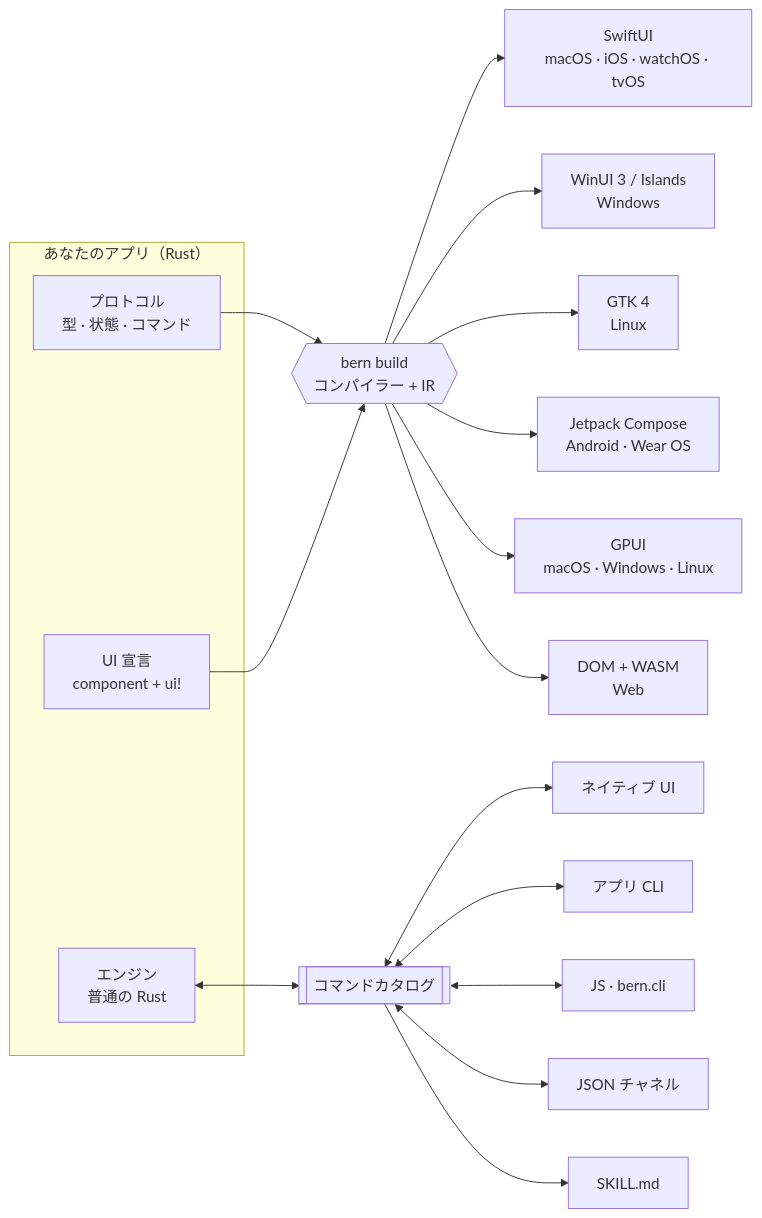
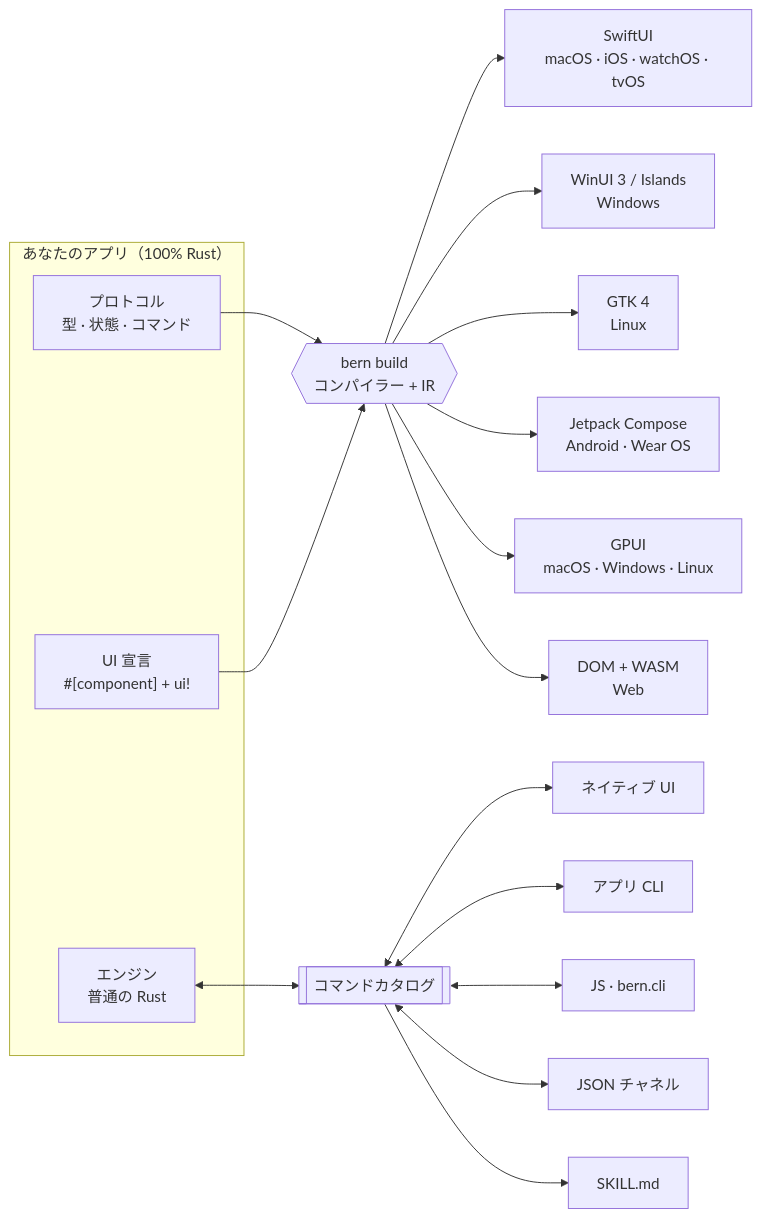
Before and after one commit to AimesSoft/Bern: the diagram in README.ja.md, drawn with Mermaid. The commit also changed other lines of this file and 124 other files, not shown here.

````diff
--- a/README.ja.md
+++ b/README.ja.md
@@ -232,22 +116,22 @@
 ```mermaid
 flowchart LR
-    subgraph app["あなたのアプリ（Rust）"]
+    subgraph app["あなたのアプリ（100% Rust）"]
         P["プロトコル<br/>型 · 状態 · コマンド"]
-        U["UI 宣言<br/>component + ui!"]
+        U["UI 宣言<br/>#[component] + ui!"]
         E["エンジン<br/>普通の Rust"]
     end
     P --> C{{"bern build<br/>コンパイラー + IR"}}
     U --> C
     C --> S["SwiftUI<br/>macOS · iOS · watchOS · tvOS"]
     C --> W["WinUI 3 / Islands<br/>Windows"]
     C --> G["GTK 4<br/>Linux"]
     C --> A["Jetpack Compose<br/>Android · Wear OS"]
     C --> P2["GPUI<br/>macOS · Windows · Linux"]
     C --> B["DOM + WASM<br/>Web"]
     E <--> K[["コマンドカタログ"]]
     K <--> N["ネイティブ UI"]
     K <--> L["アプリ CLI"]
     K <--> JS["JS · bern.cli"]
     K <--> J["JSON チャネル"]
     K --> SK["SKILL.md"]
 ```
````
